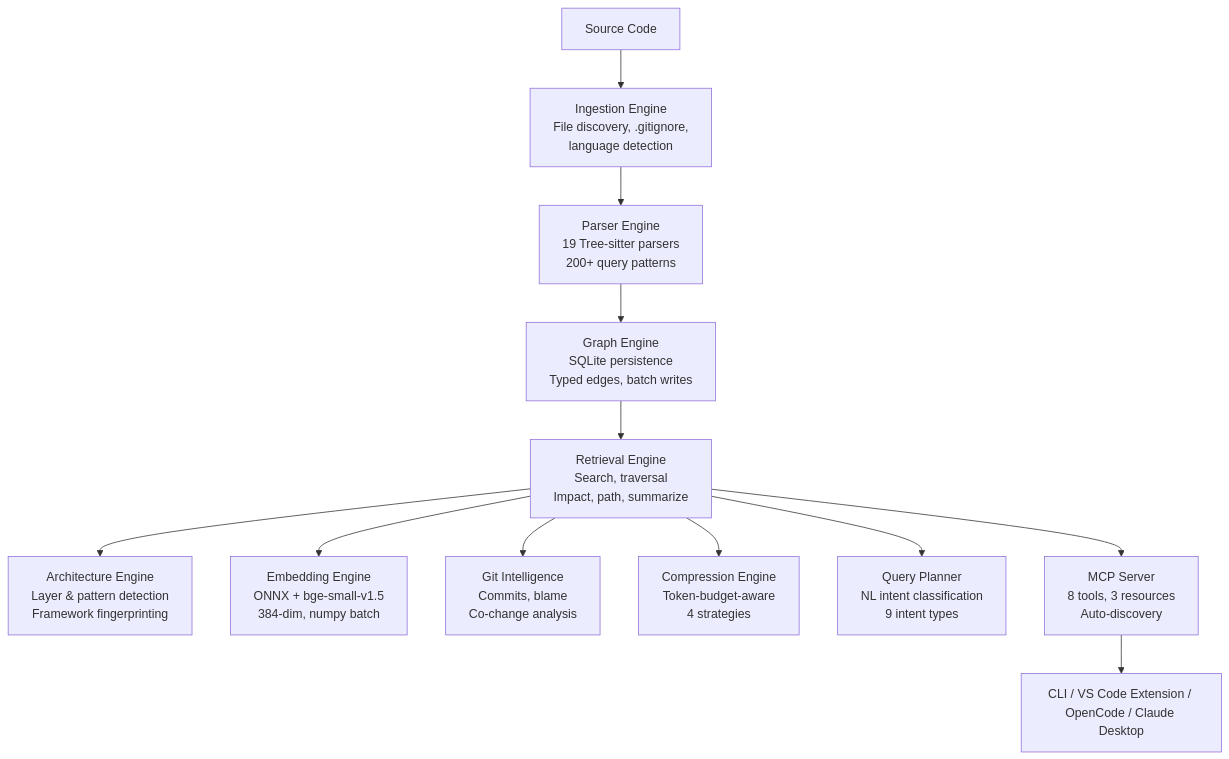
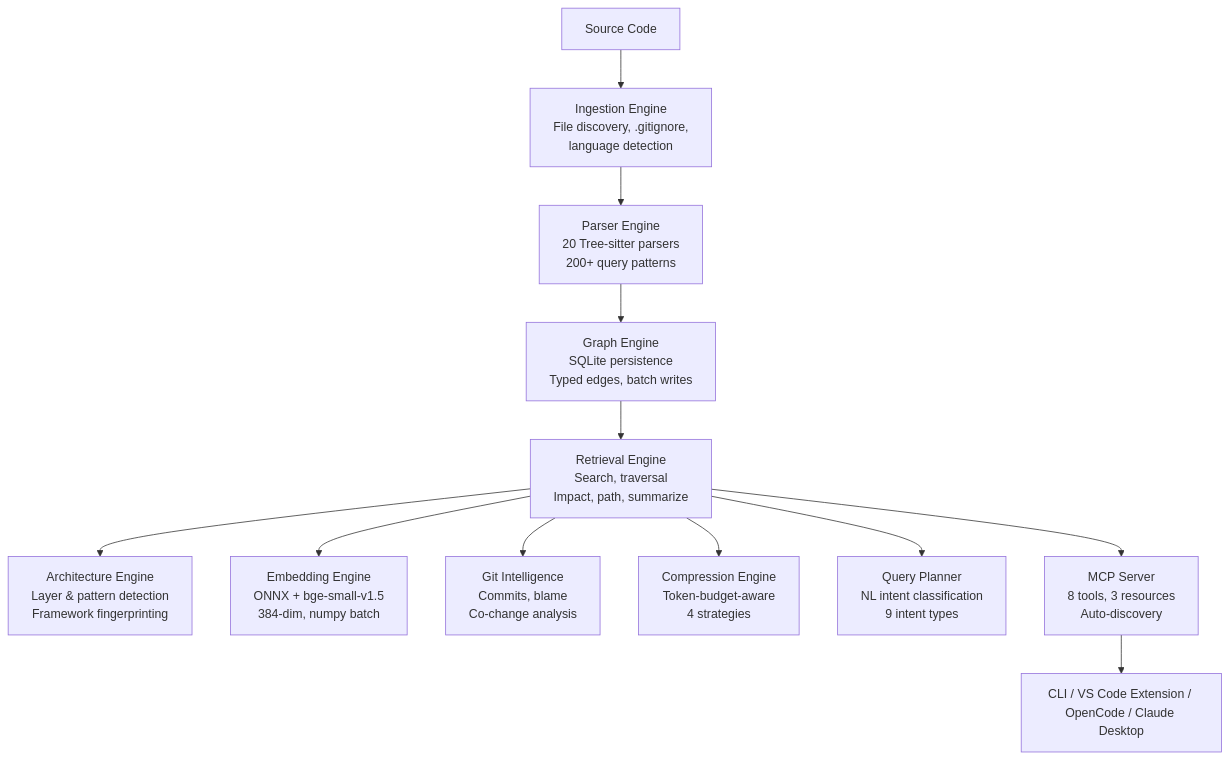
One commit to Icarus-afk/Cartographer changed the second of 6 diagrams in docs/whitepaper.md. Above: the diagram before and after it, drawn with Mermaid. The commit also changed other lines of this file and 12 other files, not shown here.

````diff
--- a/docs/whitepaper.md
+++ b/docs/whitepaper.md
@@ -107,14 +107,14 @@
 ```mermaid
 flowchart TB
     SC["Source Code"] --> IE["Ingestion Engine<br/>File discovery, .gitignore,<br/>language detection"]
-    IE --> PE["Parser Engine<br/>19 Tree-sitter parsers<br/>200+ query patterns"]
+    IE -->     PE["Parser Engine<br/>20 Tree-sitter parsers<br/>200+ query patterns"]
     PE --> GE["Graph Engine<br/>SQLite persistence<br/>Typed edges, batch writes"]
     GE --> RE["Retrieval Engine<br/>Search, traversal<br/>Impact, path, summarize"]
     RE --> AE["Architecture Engine<br/>Layer & pattern detection<br/>Framework fingerprinting"]
     RE --> EE["Embedding Engine<br/>ONNX + bge-small-v1.5<br/>384-dim, numpy batch"]
     RE --> GI["Git Intelligence<br/>Commits, blame<br/>Co-change analysis"]
     RE --> CE["Compression Engine<br/>Token-budget-aware<br/>4 strategies"]
     RE --> QP["Query Planner<br/>NL intent classification<br/>9 intent types"]
     RE --> MCP["MCP Server<br/>8 tools, 3 resources<br/>Auto-discovery"]
     MCP --> CLI["CLI / VS Code Extension / OpenCode / Claude Desktop"]
 ```
````
